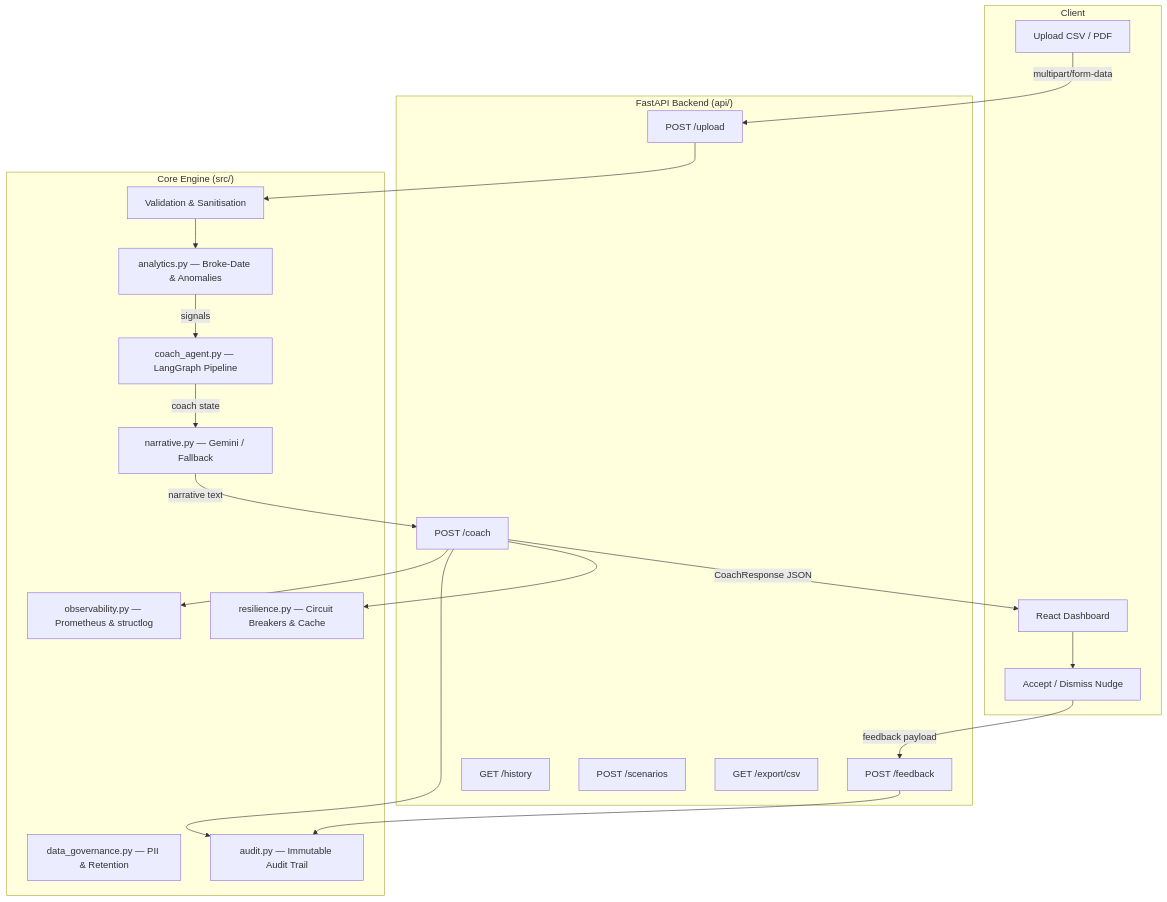
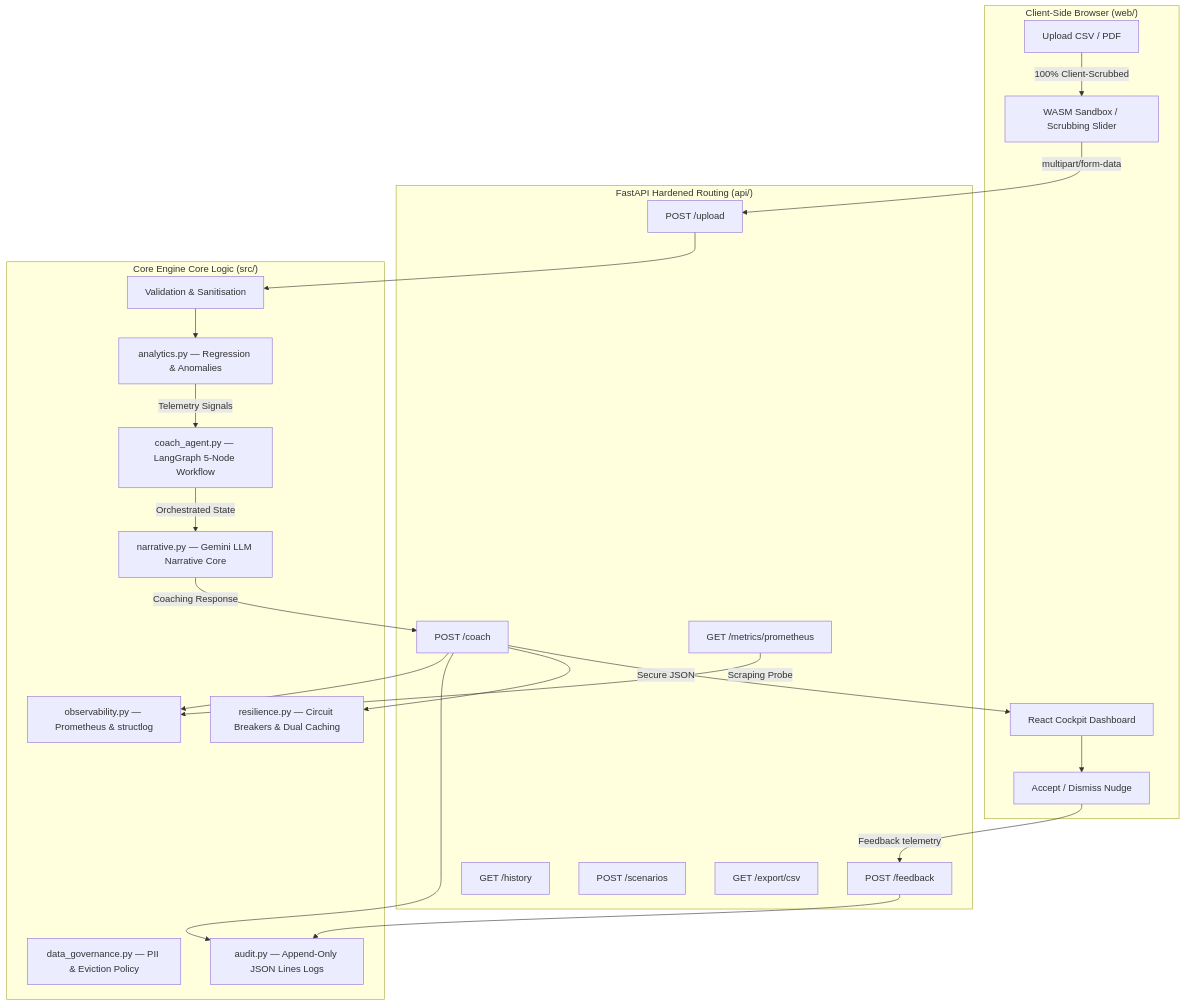
One commit to Yashaswini-V21/UPI-Mirror changed the diagram in README.md. Above: the diagram before and after it, drawn with Mermaid. The commit also changed other lines of this file and 9 other files, not shown here.

````diff
--- a/README.md
+++ b/README.md
@@ -75,40 +107,44 @@
 ```mermaid
 flowchart TD
-    subgraph Client
+    subgraph Client ["Client-Side Browser (web/)"]
         U[Upload CSV / PDF]
-        FE[React Dashboard]
+        FE[React Cockpit Dashboard]
+        WS[WASM Sandbox / Scrubbing Slider]
         FB[Accept / Dismiss Nudge]
     end
 
-    subgraph API["FastAPI Backend (api/)"]
+    subgraph API ["FastAPI Hardened Routing (api/)"]
         UP[POST /upload]
         CO[POST /coach]
         FBK[POST /feedback]
         HI[GET /history]
         SC[POST /scenarios]
         EX[GET /export/csv]
+        PR[GET /metrics/prometheus]
     end
 
-    subgraph Core["Core Engine (src/)"]
+    subgraph Core ["Core Engine Core Logic (src/)"]
         VA[Validation & Sanitisation]
-        AN[analytics.py — Broke-Date & Anomalies]
-        AG[coach_agent.py — LangGraph Pipeline]
-        NA[narrative.py — Gemini / Fallback]
-        RE[resilience.py — Circuit Breakers & Cache]
-        DG[data_governance.py — PII & Retention]
-        AU[audit.py — Immutable Audit Trail]
+        AN[analytics.py — Regression & Anomalies]
+        AG[coach_agent.py — LangGraph 5-Node Workflow]
+        NA[narrative.py — Gemini LLM Narrative Core]
+        RE[resilience.py — Circuit Breakers & Dual Caching]
+        DG[data_governance.py — PII & Eviction Policy]
+        AU[audit.py — Append-Only JSON Lines Logs]
         OB[observability.py — Prometheus & structlog]
     end
 
-    U -->|multipart/form-data| UP
+    U -->|100% Client-Scrubbed| WS
+    WS -->|multipart/form-data| UP
     UP --> VA --> AN
-    AN -->|signals| AG
-    AG -->|coach state| NA
-    NA -->|narrative text| CO
-    CO -->|CoachResponse JSON| FE
-    FE --> FB -->|feedback payload| FBK
+    AN -->|Telemetry Signals| AG
+    AG -->|Orchestrated State| NA
+    NA -->|Coaching Response| CO
+    CO -->|Secure JSON| FE
+    FE --> FB -->|Feedback telemetry| FBK
     FBK --> AU
     CO --> RE
     CO --> AU
     CO --> OB
+    PR -->|Scraping Probe| OB
 ```
````
